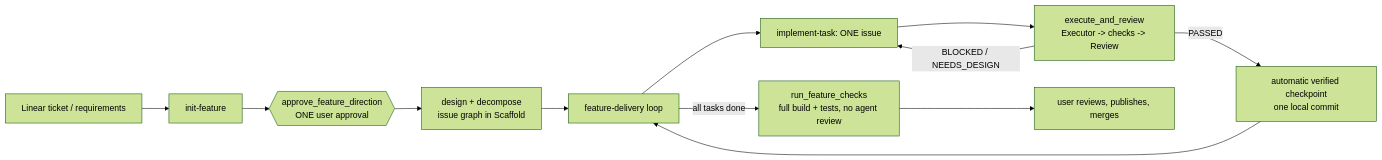
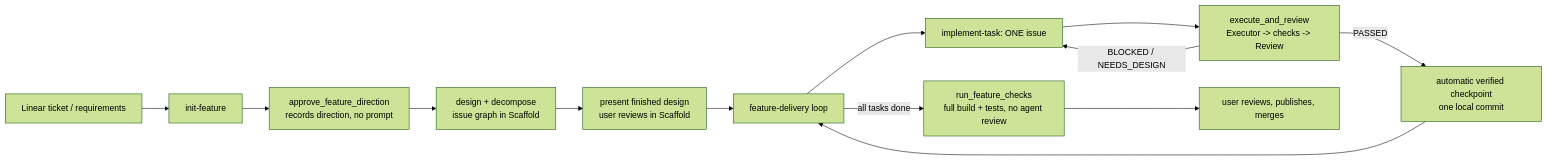
Before and after one commit to jared-two-foxes/delivery-pipeline: the diagram in docs/architecture.md, drawn with Mermaid (forest theme). The commit also changed other lines of this file and 9 other files, not shown here.

Commit message:
Remove the feature direction approval gate from init-feature (#30)

````diff
--- a/docs/architecture.md
+++ b/docs/architecture.md
@@ -35,14 +35,15 @@
 ```mermaid
 flowchart LR
   T[Linear ticket / requirements] --> I[init-feature]
-  I --> A{{approve_feature_direction<br/>ONE user approval}}
+  I --> A[approve_feature_direction<br/>records direction, no prompt]
   A --> D[design + decompose<br/>issue graph in Scaffold]
-  D --> L[feature-delivery loop]
+  D --> P[present finished design<br/>user reviews in Scaffold]
+  P --> L[feature-delivery loop]
   L --> E[implement-task: ONE issue]
   E --> X[execute_and_review<br/>Executor -> checks -> Review]
   X -->|PASSED| C[automatic verified checkpoint<br/>one local commit]
   X -->|BLOCKED / NEEDS_DESIGN| E
   C --> L
   L -->|all tasks done| V[run_feature_checks<br/>full build + tests, no agent review]
   V --> U[user reviews, publishes, merges]
 ```
````
